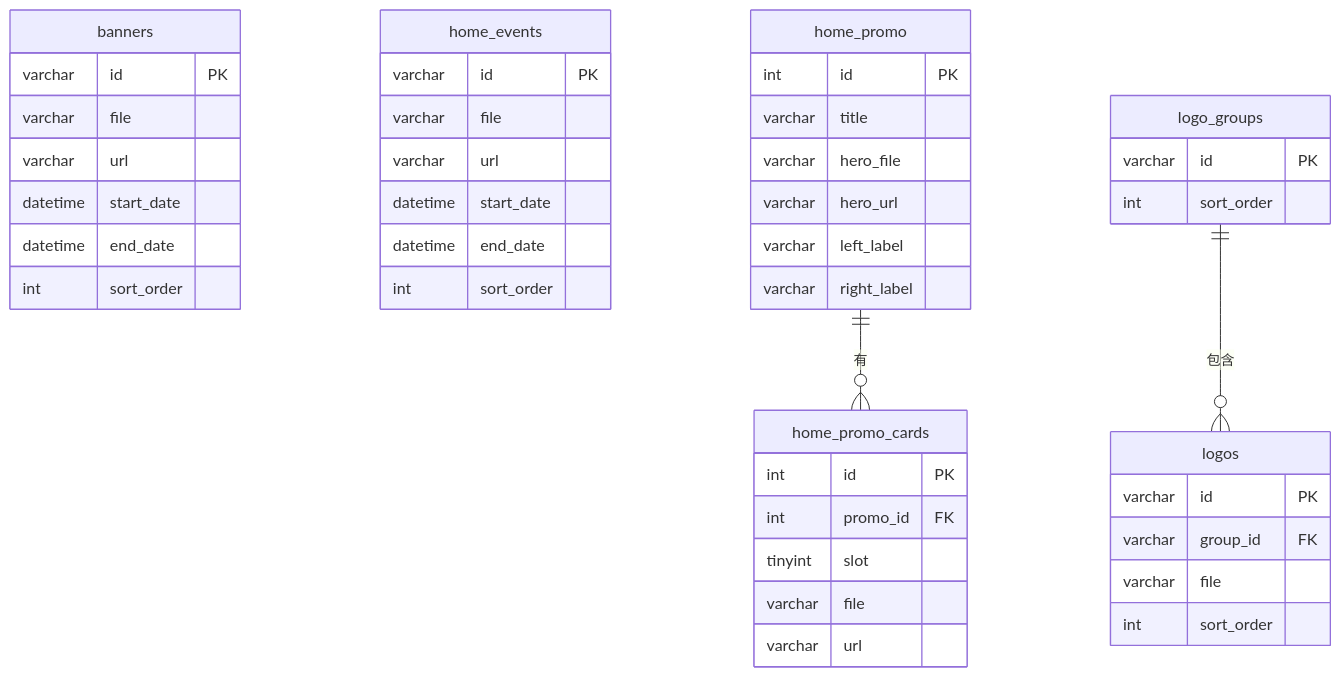
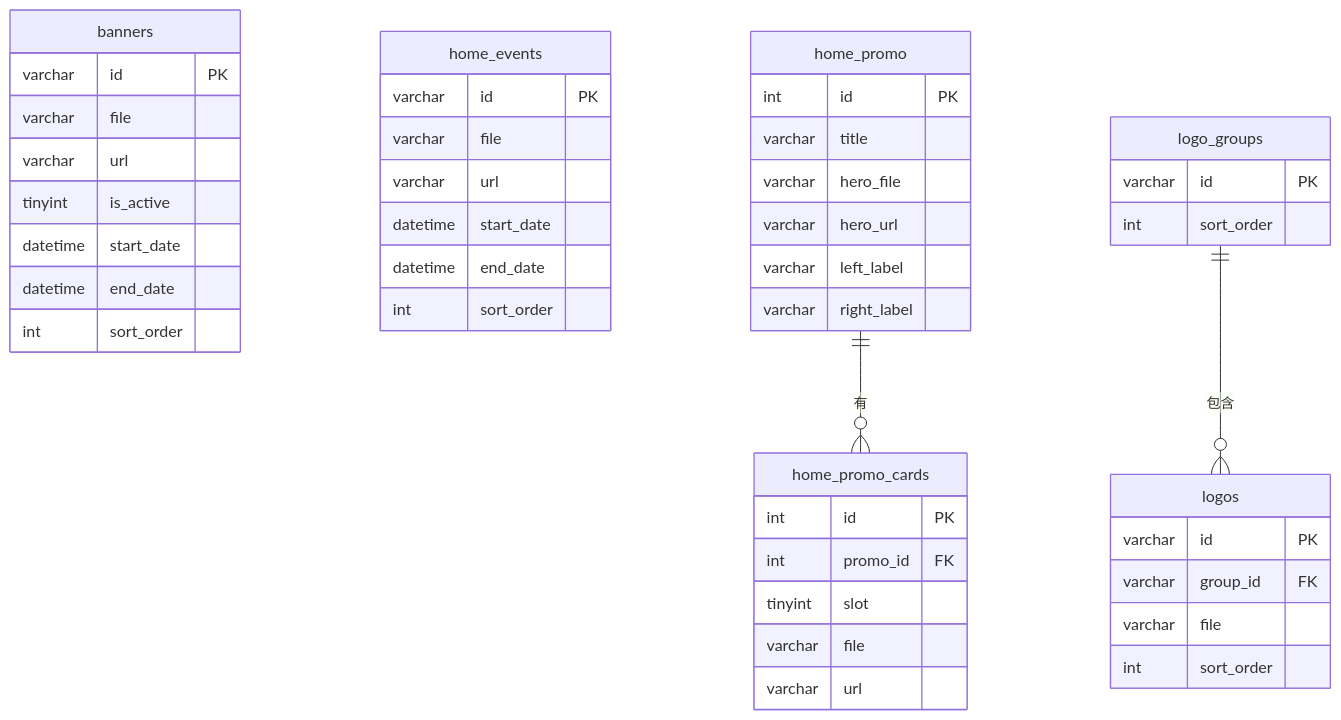
Before and after one commit to faypo/ChungyoOffical: the eighth of 9 diagrams in docs/database-schema.md, drawn with Mermaid. The commit also changed other lines of this file and 936 other files, not shown here.

Commit message:
[doc]更新schema文件 更新data

````diff
--- a/docs/database-schema.md
+++ b/docs/database-schema.md
@@ -653,47 +691,48 @@
 ```mermaid
 erDiagram
   banners {
     varchar id PK
     varchar file
     varchar url
+    tinyint is_active
     datetime start_date
     datetime end_date
     int sort_order
   }
   home_events {
     varchar id PK
     varchar file
     varchar url
     datetime start_date
     datetime end_date
     int sort_order
   }
   home_promo {
     int id PK
     varchar title
     varchar hero_file
     varchar hero_url
     varchar left_label
     varchar right_label
   }
   home_promo_cards {
     int id PK
     int promo_id FK
     tinyint slot
     varchar file
     varchar url
   }
   logo_groups {
     varchar id PK
     int sort_order
   }
   logos {
     varchar id PK
     varchar group_id FK
     varchar file
     int sort_order
   }
 
   home_promo  ||--o{ home_promo_cards : "有"
   logo_groups ||--o{ logos            : "包含"
 ```
````
